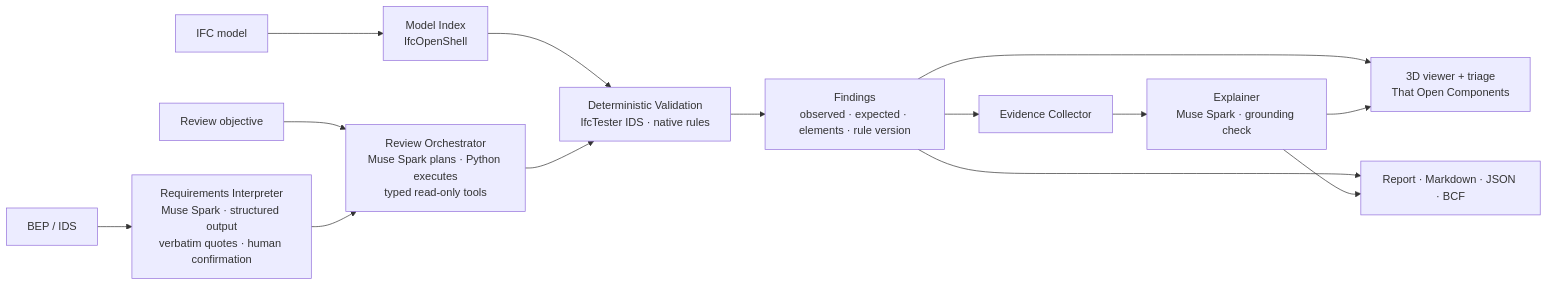
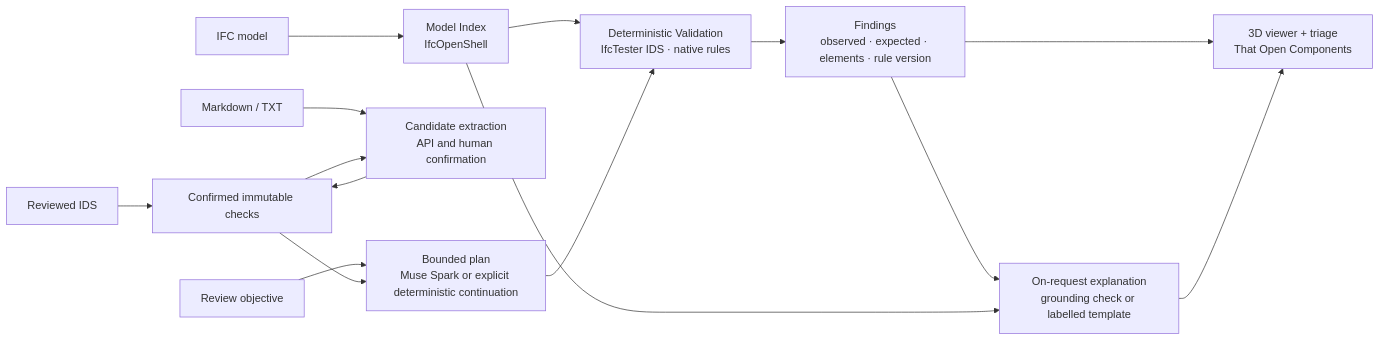
One commit to natnew/BIM-Intelligence changed the first of 2 diagrams in README.md. Above: the diagram before and after it, drawn with Mermaid. The commit also changed other lines of this file and 12 other files, not shown here.

````diff
--- a/README.md
+++ b/README.md
@@ -68,16 +75,17 @@
 ```mermaid
 flowchart LR
     IFC["IFC model"] --> IDX["Model Index<br/>IfcOpenShell"]
-    BEP["BEP / IDS"] --> REQ["Requirements Interpreter<br/>Muse Spark · structured output<br/>verbatim quotes · human confirmation"]
-    OBJ["Review objective"] --> ORC["Review Orchestrator<br/>Muse Spark plans · Python executes<br/>typed read-only tools"]
-    REQ --> ORC
+    IDS["Reviewed IDS"] --> CHECK["Confirmed immutable checks"]
+    TEXT["Markdown / TXT"] --> CAND["Candidate extraction<br/>API and human confirmation"]
+    CHECK --> CAND
+    CAND --> CHECK
+    OBJ["Review objective"] --> ORC["Bounded plan<br/>Muse Spark or explicit deterministic continuation"]
+    CHECK --> ORC
     IDX --> VAL["Deterministic Validation<br/>IfcTester IDS · native rules"]
     ORC --> VAL
     VAL --> FND["Findings<br/>observed · expected · elements · rule version"]
-    FND --> EVD["Evidence Collector"]
-    EVD --> EXP["Explainer<br/>Muse Spark · grounding check"]
+    FND --> EXP["On-request explanation<br/>grounding check or labelled template"]
+    IDX --> EXP
     FND --> UI["3D viewer + triage<br/>That Open Components"]
     EXP --> UI
-    FND --> RPT["Report · Markdown · JSON · BCF"]
-    EXP --> RPT
 ```
````
